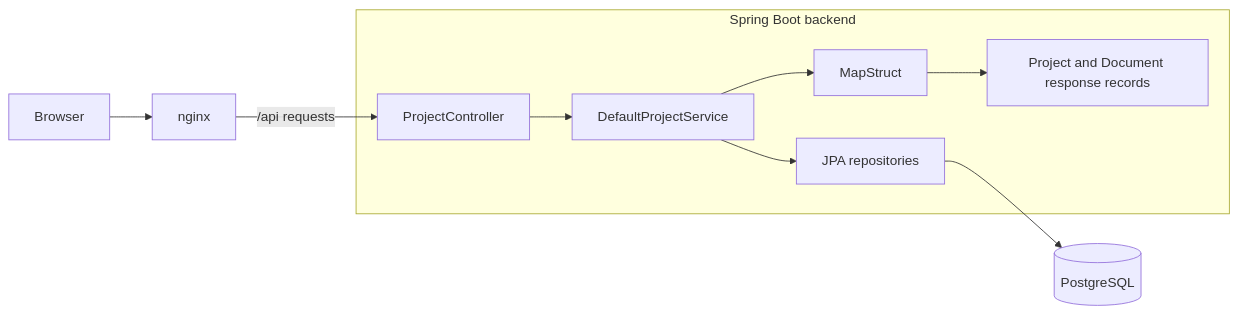
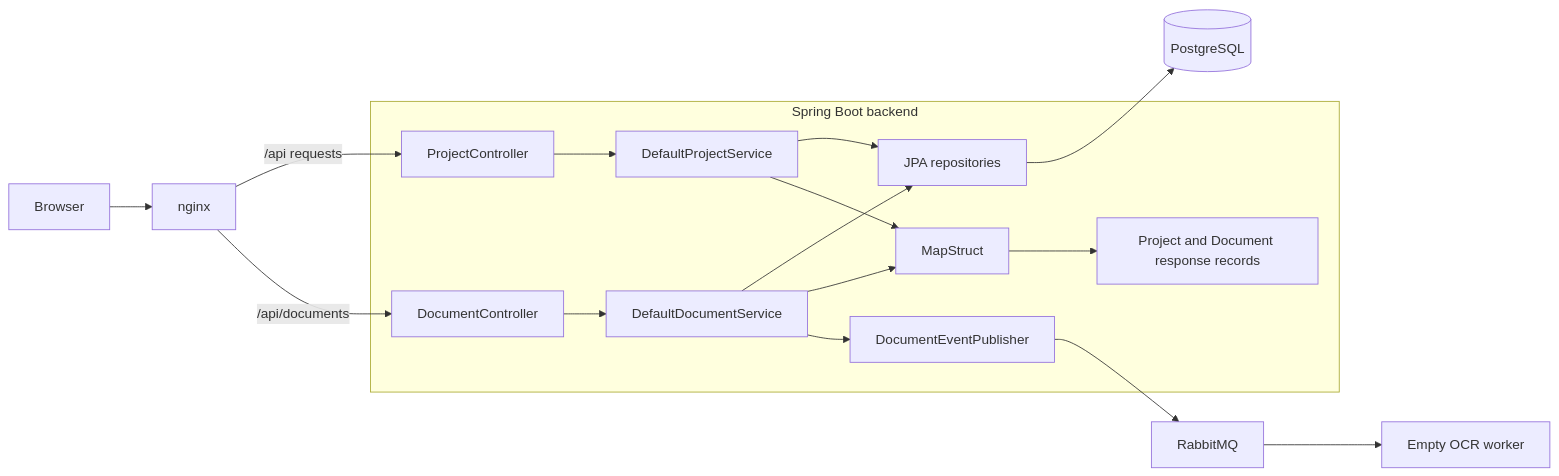
One commit to SimSta123/SWEN-3-Document-Management-System changed the diagram in README.md. Above: the diagram before and after it, drawn with Mermaid. The commit also changed other lines of this file and 5 other files, not shown here.

Commit message:
Accept PDF uploads and trigger the OCR worker

````diff
--- a/README.md
+++ b/README.md
@@ -16,12 +16,18 @@
 ```mermaid
 flowchart LR
     Browser[Browser] --> Web[nginx]
     subgraph Backend[Spring Boot backend]
         Controller[ProjectController] --> Service[DefaultProjectService]
+        DocumentController --> DocumentService[DefaultDocumentService]
+        DocumentService --> Repository
+        DocumentService --> Mapper
+        DocumentService --> Publisher[DocumentEventPublisher]
         Service --> Repository[JPA repositories]
         Service --> Mapper[MapStruct]
         Mapper --> Records[Project and Document response records]
     end
     Web -->|/api requests| Controller
+    Web -->|/api/documents| DocumentController
     Repository --> Database[(PostgreSQL)]
+    Publisher --> RabbitMQ --> Worker[Empty OCR worker]
 ```
````
